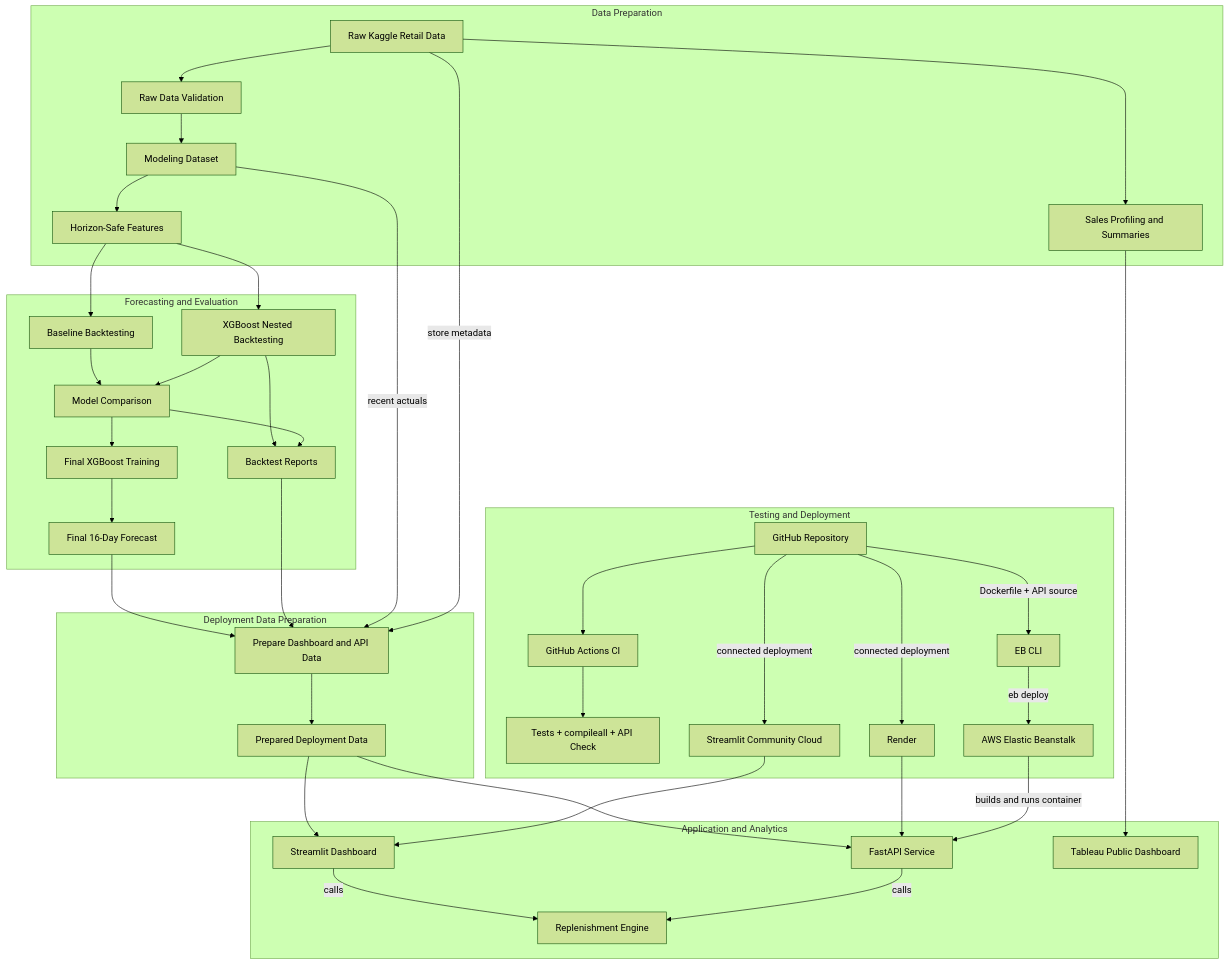
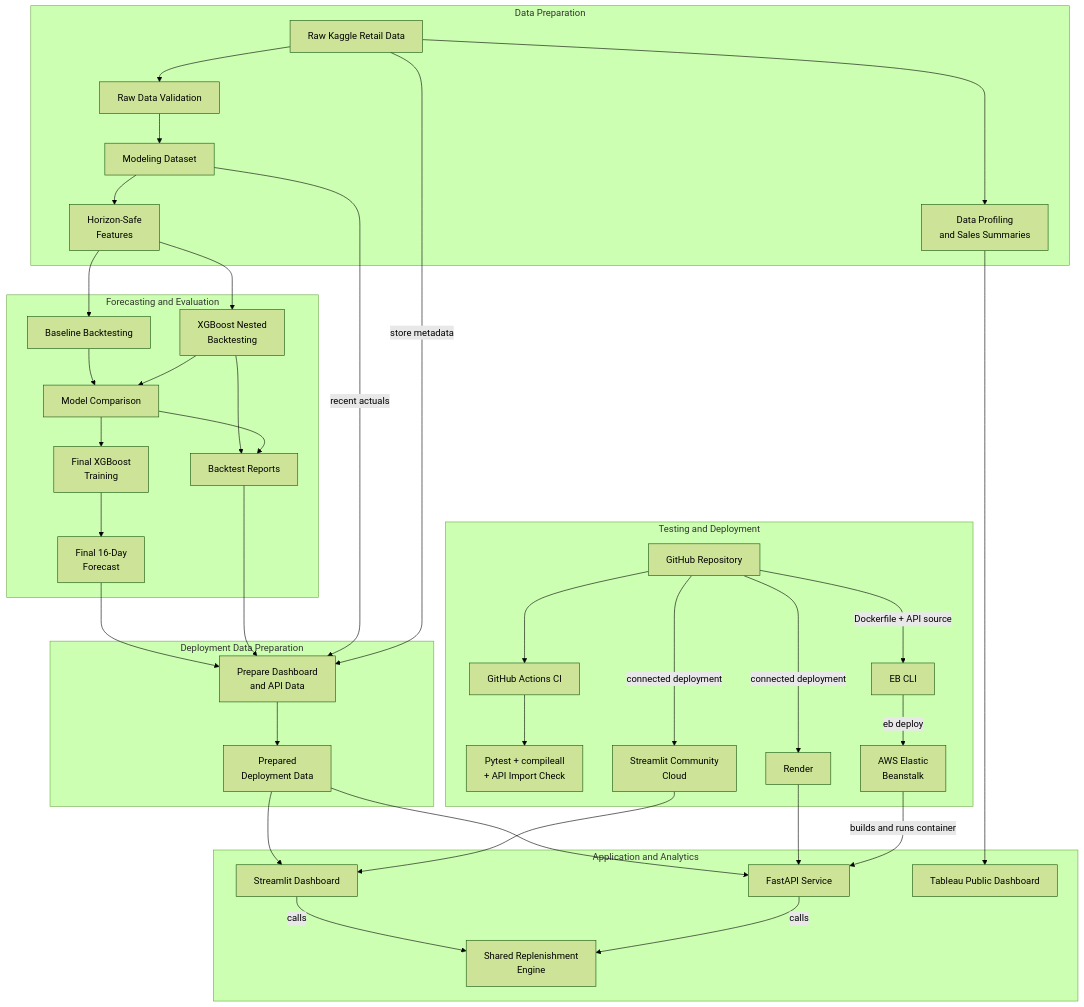
The diagram in README.md (momo840505/retail-demand-forecasting), drawn with Mermaid (forest theme) before and after one commit. The commit also changed other lines of this file, not shown here.

First line of the commit message:
Revise project overview and deployment sections

````diff
--- a/README.md
+++ b/README.md
@@ -279,58 +281,58 @@
 ```mermaid
 flowchart TD
 
     subgraph DATA["Data Preparation"]
         A[Raw Kaggle Retail Data] --> B[Raw Data Validation]
-        A --> C[Sales Profiling and Summaries]
+        A --> C[Data Profiling<br/>and Sales Summaries]
         B --> D[Modeling Dataset]
-        D --> E[Horizon-Safe Features]
+        D --> E[Horizon-Safe<br/>Features]
     end
 
     subgraph MODEL["Forecasting and Evaluation"]
         E --> F[Baseline Backtesting]
-        E --> G[XGBoost Nested Backtesting]
+        E --> G[XGBoost Nested<br/>Backtesting]
 
         F --> H[Model Comparison]
         G --> H
 
-        H --> I[Final XGBoost Training]
-        I --> J[Final 16-Day Forecast]
+        H --> I[Final XGBoost<br/>Training]
+        I --> J[Final 16-Day<br/>Forecast]
 
         G --> K[Backtest Reports]
         H --> K
     end
 
     subgraph PREP["Deployment Data Preparation"]
-        J --> L[Prepare Dashboard and API Data]
+        J --> L[Prepare Dashboard<br/>and API Data]
         K --> L
         D -->|recent actuals| L
         A -->|store metadata| L
 
-        L --> M[Prepared Deployment Data]
+        L --> M[Prepared<br/>Deployment Data]
     end
 
     subgraph APPLICATION["Application and Analytics"]
         M --> N[Streamlit Dashboard]
         M --> O[FastAPI Service]
 
-        N -->|calls| P[Replenishment Engine]
+        N -->|calls| P[Shared Replenishment<br/>Engine]
         O -->|calls| P
 
         C --> Q[Tableau Public Dashboard]
     end
 
     subgraph DELIVERY["Testing and Deployment"]
         R[GitHub Repository] --> S[GitHub Actions CI]
-        S --> T[Tests + compileall + API Check]
+        S --> T[Pytest + compileall<br/>+ API Import Check]
 
-        R -->|connected deployment| U[Streamlit Community Cloud]
+        R -->|connected deployment| U[Streamlit Community<br/>Cloud]
         R -->|connected deployment| V[Render]
 
         R -->|Dockerfile + API source| W[EB CLI]
-        W -->|eb deploy| X[AWS Elastic Beanstalk]
+        W -->|eb deploy| X[AWS Elastic<br/>Beanstalk]
 
         U --> N
         V --> O
         X -->|builds and runs container| O
     end
 ```
````
